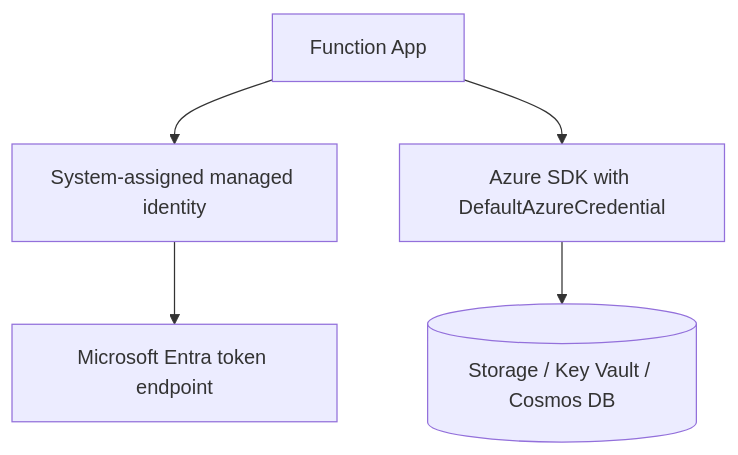
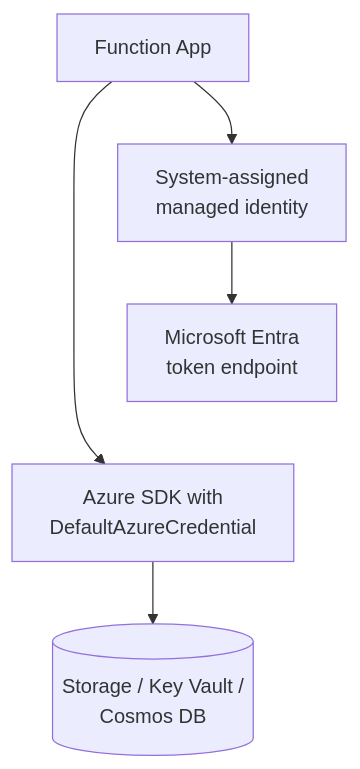
One commit to yeongseon/azure-functions-practical-guide changed the first of 2 diagrams in docs/language-guides/java/recipes/managed-identity.md. Above: the diagram before and after it, drawn with Mermaid. The commit also changed other lines of this file and 4 other files, not shown here.

First line of the commit message:
docs(diagrams): improve Java security recipe and RBAC readability (#490)

````diff
--- a/docs/language-guides/java/recipes/managed-identity.md
+++ b/docs/language-guides/java/recipes/managed-identity.md
@@ -32,7 +35,11 @@
 ```mermaid
 flowchart TD
-    FUNC[Function App] --> MSI[System-assigned managed identity]
-    MSI --> ENTRA[Microsoft Entra token endpoint]
-    FUNC --> SDK[Azure SDK with DefaultAzureCredential]
-    SDK --> SERVICE[("Storage / Key Vault / Cosmos DB")]
+    accTitle: Java managed identity and service access
+    accDescr: The function app's system-assigned identity is associated with Microsoft Entra token issuance, while its Java SDK uses DefaultAzureCredential to access Storage, Key Vault or Cosmos DB. This is a logical relationship map, not a direct app-to-Entra network trace or a guarantee of credential selection and authorization.
+    FUNC[Function App] --> MSI[System-assigned<br/>managed identity]
+    MSI --> ENTRA[Microsoft Entra<br/>token endpoint]
+    FUNC --> SDK[Azure SDK with<br/>DefaultAzureCredential]
+    SDK --> SERVICE[("Storage / Key Vault /<br/>Cosmos DB")]
+    %% Layout-only link tiers the branches; it adds no token or service request.
+    ENTRA ~~~ SDK
 ```
````
